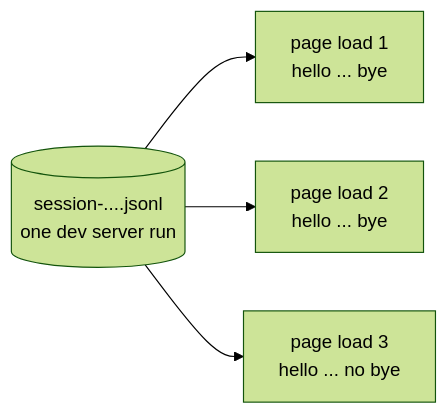
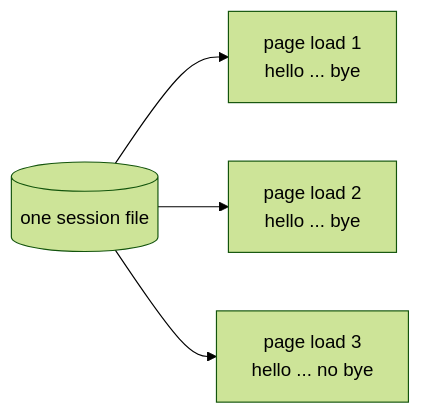
The second of 4 diagrams in docs/architecture.md (MrBisonte/flightdeck), drawn with Mermaid (forest theme) before and after one commit. The commit also changed other lines of this file and 7 other files, not shown here.

````diff
--- a/docs/architecture.md
+++ b/docs/architecture.md
@@ -127,7 +144,7 @@
 ```mermaid
 flowchart LR
-  f[("session-....jsonl<br/>one dev server run")]
+  f[("one session file")]
   f --> p1["page load 1<br/>hello ... bye"]
   f --> p2["page load 2<br/>hello ... bye"]
   f --> p3["page load 3<br/>hello ... no bye"]
 ```
````
